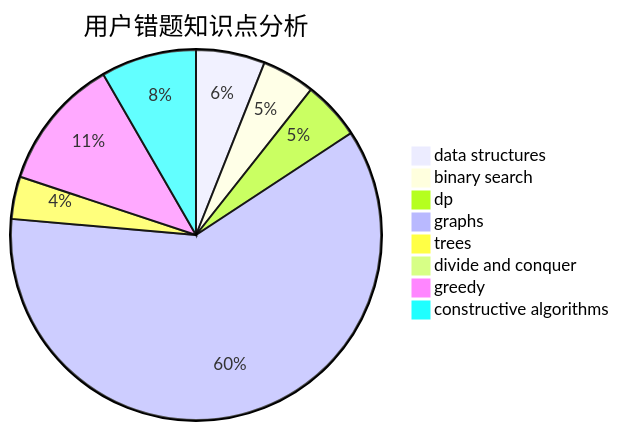
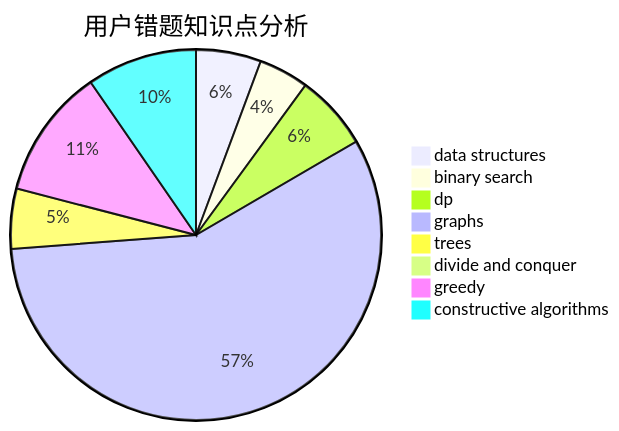
Before and after one commit to sherpahu/cfrs.github.io: the third of 3 diagrams in docs/user/u2472.md, drawn with Mermaid. The commit also changed other lines of this file and 2770 other files, not shown here.

````diff
--- a/docs/user/u2472.md
+++ b/docs/user/u2472.md
@@ -36,11 +36,11 @@
 ```mermaid
 pie title 用户错题知识点分析
     "data structures" :  13
     "binary search" :  10
-    "dp" :  11
+    "dp" :  15
     "graphs" :  131
-    "trees" :  8
+    "trees" :  12
     "divide and conquer" :  2
-    "greedy" :  25
-    "constructive algorithms" :  18
+    "greedy" :  26
+    "constructive algorithms" :  22
 ```
````
